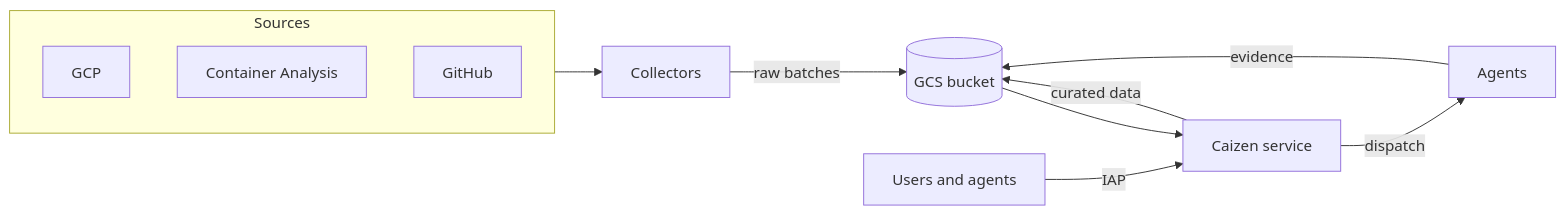
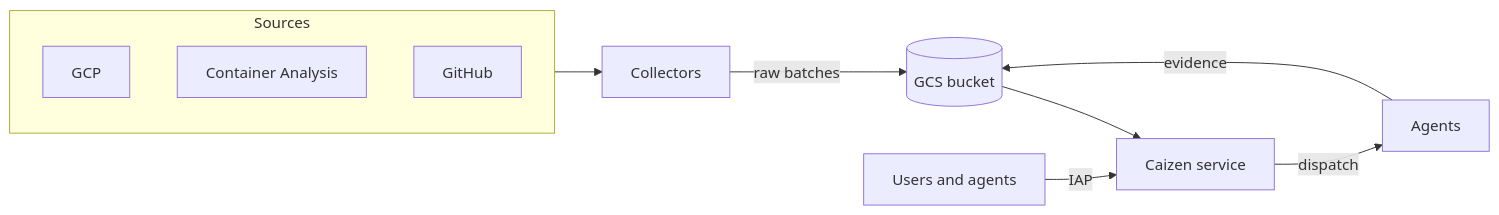
The diagram in docs/content/docs/architecture/_index.md (caizencloud/caizen), drawn with Mermaid before and after one commit. The commit also changed other lines of this file and 75 other files, not shown here.

````diff
--- a/docs/content/docs/architecture/_index.md
+++ b/docs/content/docs/architecture/_index.md
@@ -8,15 +8,14 @@
 ```mermaid
 flowchart LR
   subgraph sources [Sources]
     G[GCP]
     CA[Container Analysis]
     GH[GitHub]
   end
   sources --> COL[Collectors]
   COL -->|raw batches| B[(GCS bucket)]
   AG[Agents] -->|evidence| B
   B --> S[Caizen service]
-  S -->|curated data| B
   S -->|dispatch| AG
   U[Users and agents] -->|IAP| S
 ```
````
